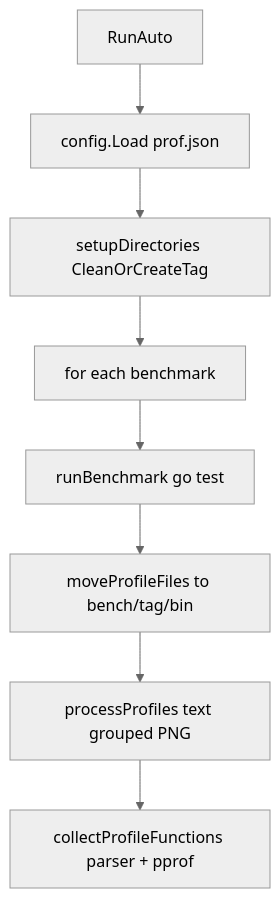
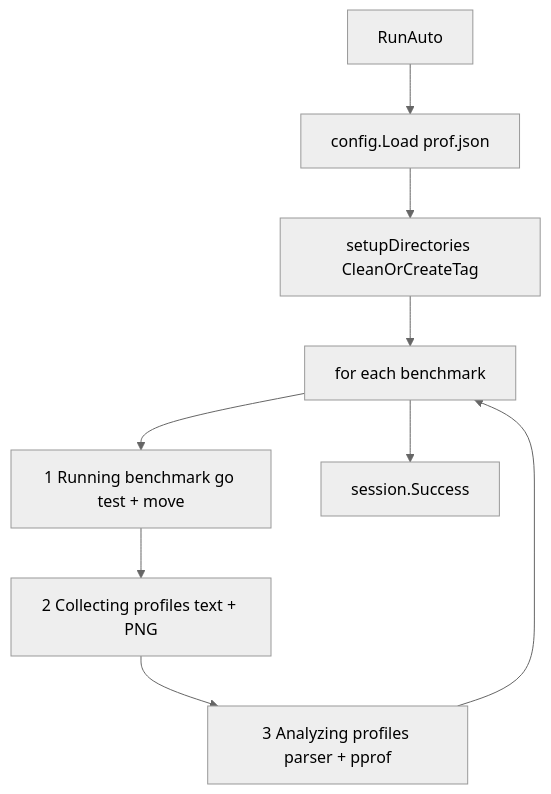
Before and after one commit to AlexsanderHamir/prof: the second of 2 diagrams in docs/collect-request-flow.md, drawn with Mermaid (neutral theme). The commit also changed other lines of this file and 1 other file, not shown here.

First line of the commit message:
docs: document collect progress steps and quiet TTY behavior

````diff
--- a/docs/collect-request-flow.md
+++ b/docs/collect-request-flow.md
@@ -109,10 +109,11 @@
 ```mermaid
 flowchart TB
   runAuto["RunAuto"] --> loadCfg["config.Load prof.json"]
   loadCfg --> setup["setupDirectories CleanOrCreateTag"]
   setup --> loop["for each benchmark"]
-  loop --> bench["runBenchmark go test"]
-  bench --> move["moveProfileFiles to bench/tag/bin"]
-  move --> proc["processProfiles text grouped PNG"]
-  proc --> fn["collectProfileFunctions parser + pprof"]
+  loop --> s1["1 Running benchmark go test + move"]
+  s1 --> s2["2 Collecting profiles text + PNG"]
+  s2 --> s3["3 Analyzing profiles parser + pprof"]
+  s3 --> loop
+  loop --> done["session.Success"]
 ```
````
